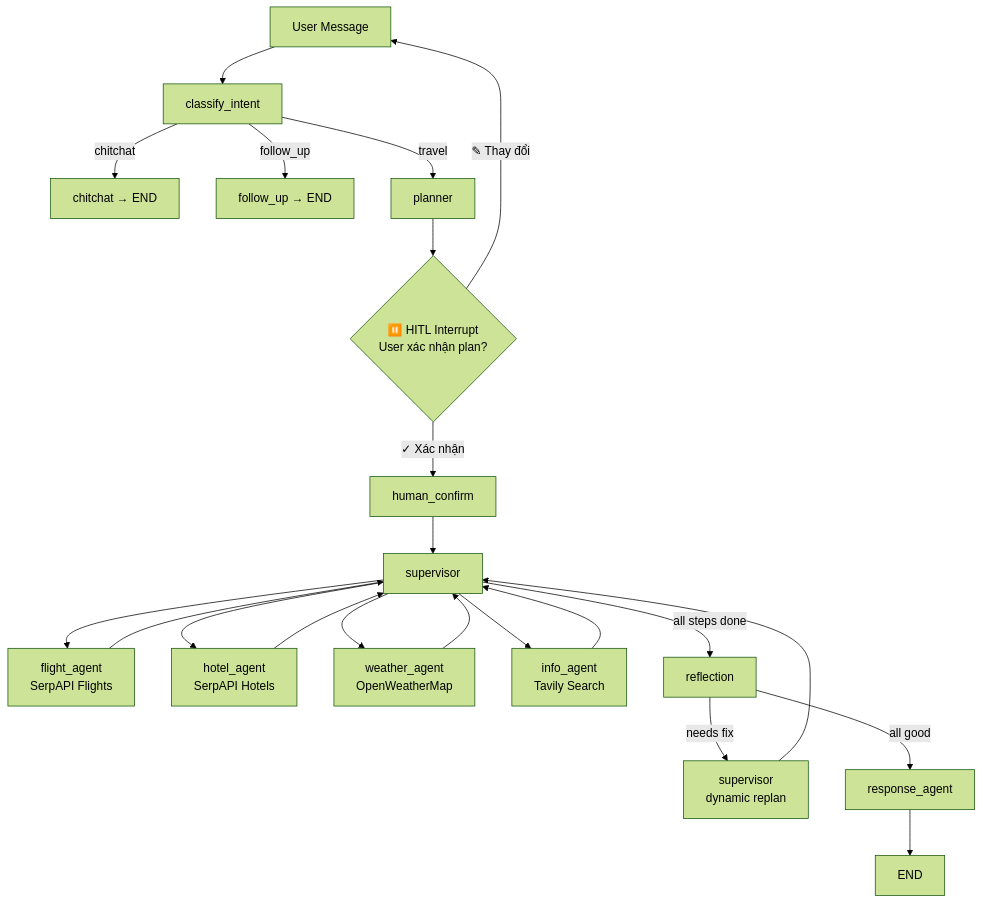
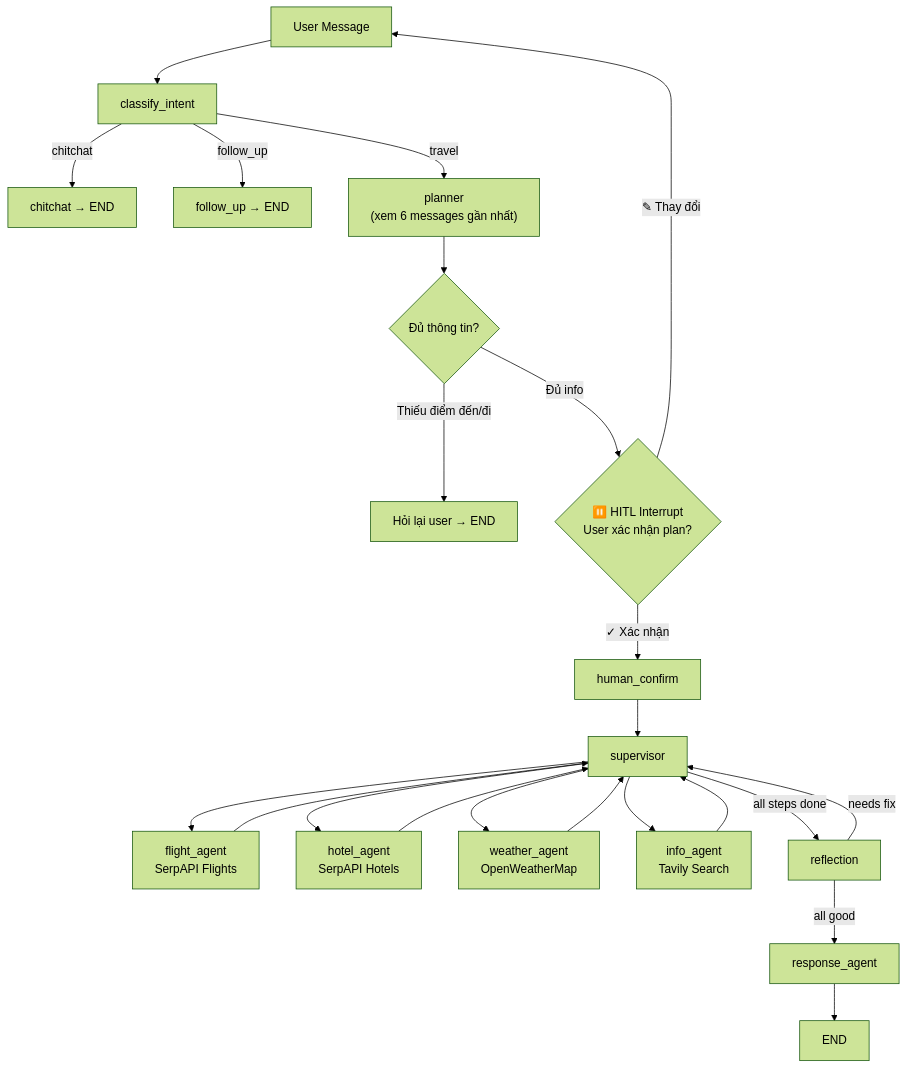
One commit to Jmhzbmcn2/Travel-AI-Assistant changed the diagram in README.md. Above: the diagram before and after it, drawn with Mermaid (forest theme). The commit also changed 2 other files, not shown here.

Commit message:
update readme + flow

````diff
--- a/README.md
+++ b/README.md
@@ -16,29 +16,30 @@
 ```mermaid
 graph TD
     A[User Message] --> B[classify_intent]
     B -->|chitchat| C1[chitchat → END]
     B -->|follow_up| C2[follow_up → END]
-    B -->|travel| D[planner]
+    B -->|travel| D["planner<br/>(xem 6 messages gần nhất)"]
 
-    D --> E{"⏸️ HITL Interrupt<br/>User xác nhận plan?"}
+    D --> CHECK{Đủ thông tin?}
+    CHECK -->|"Thiếu điểm đến/đi"| ASK["Hỏi lại user → END"]
+    CHECK -->|Đủ info| E{"⏸️ HITL Interrupt<br/>User xác nhận plan?"}
     E -->|✓ Xác nhận| F[human_confirm]
     E -->|✎ Thay đổi| A
 
     F --> G[supervisor]
 
     G --> H[flight_agent<br/>SerpAPI Flights]
     G --> I[hotel_agent<br/>SerpAPI Hotels]
     G --> J[weather_agent<br/>OpenWeatherMap]
     G --> K[info_agent<br/>Tavily Search]
 
     H --> G
     I --> G
     J --> G
     K --> G
 
     G -->|all steps done| L[reflection]
-    L -->|needs fix| M[supervisor<br/>dynamic replan]
-    M --> G
+    L -->|needs fix| G
     L -->|all good| N[response_agent]
     N --> O[END]
 ```
````
